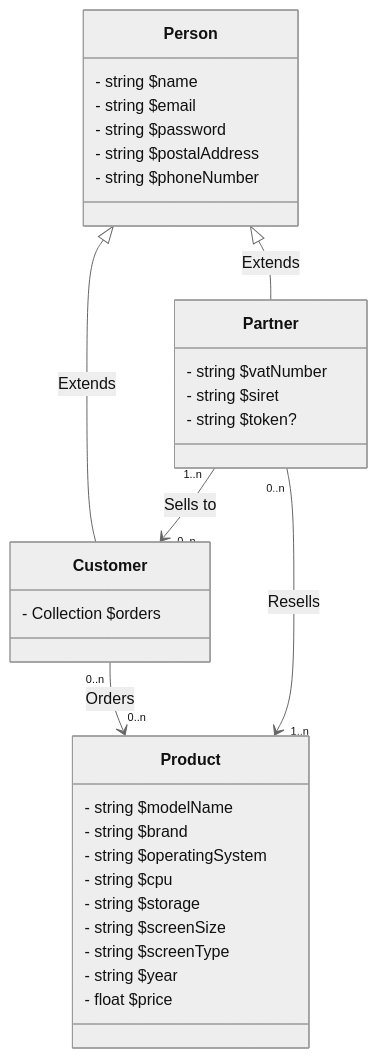
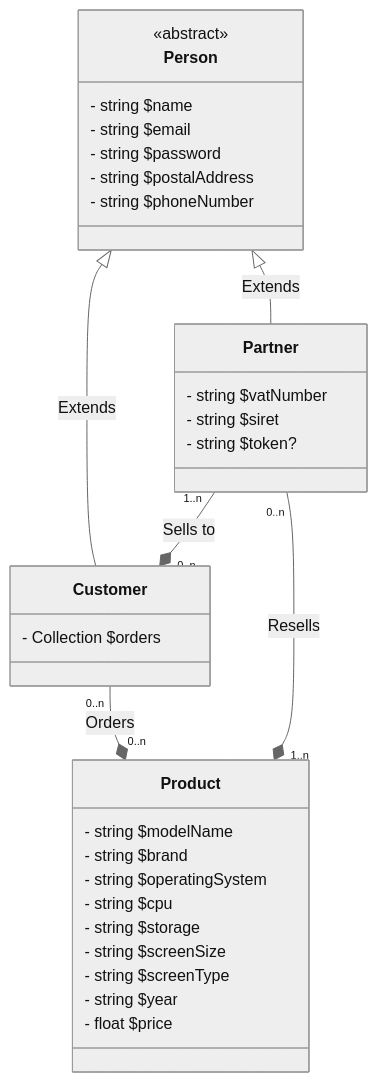
Before and after one commit to Palingenae/OC-P7-BileMo: the diagram in doc/diagrams/classes.md, drawn with Mermaid (neutral theme).

Commit message:
fix: RF, change arrow type to composition arrows

````diff
--- a/doc/diagrams/classes.md
+++ b/doc/diagrams/classes.md
@@ -1,37 +1,38 @@
 ```mermaid
     classDiagram
         Person <|-- Customer: Extends
         Person <|-- Partner: Extends
-        Customer "0..n" --> "0..n" Product: Orders
-        Partner "0..n" --> "1..n" Product: Resells
-        Partner "1..n" --> "0..n" Customer: Sells to
+        Customer "0..n" --* "0..n" Product: Orders
+        Partner "0..n" --* "1..n" Product: Resells
+        Partner "1..n" --* "0..n" Customer: Sells to
         class Person {
+            <<abstract>>
             - string $name
             - string $email
             - string $password
             - string $postalAddress
             - string $phoneNumber
         }
         %% Those who will order the products %%
         class Customer {
             - Collection<Product> $orders
         }
         %% As in BileMo's Commercial Partner %%
         class Partner {
             - string $vatNumber
             - string $siret
             - string $token?
         }
         %% Asserting that they will only make a phone catalog %%
         class Product {
             - string $modelName
             - string $brand
             - string $operatingSystem
             - string $cpu
             - string $storage
             - string $screenSize
             - string $screenType
             - string $year
             - float $price
         }
 ```
````
